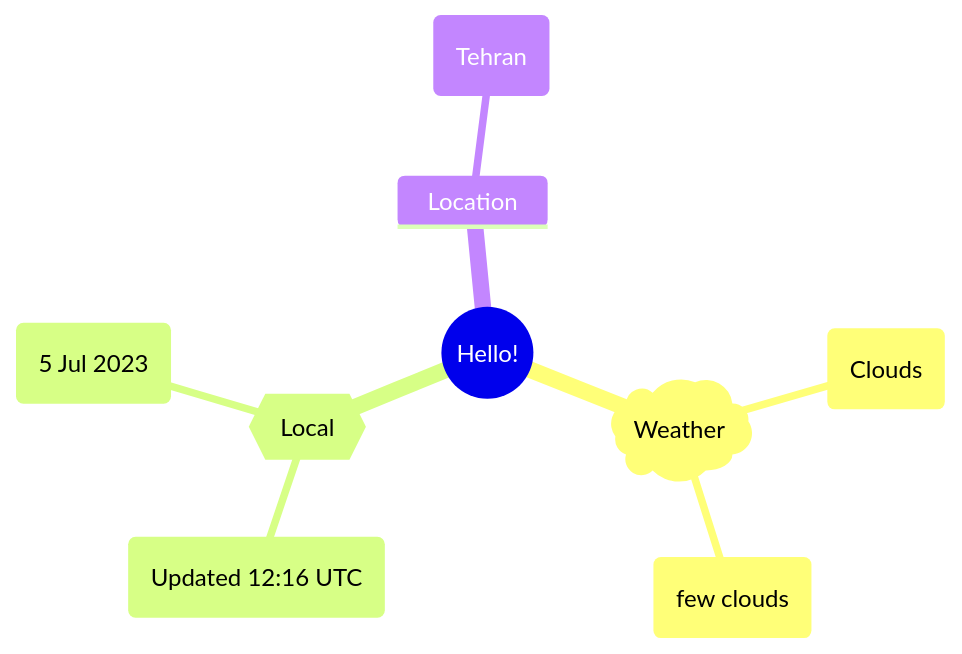
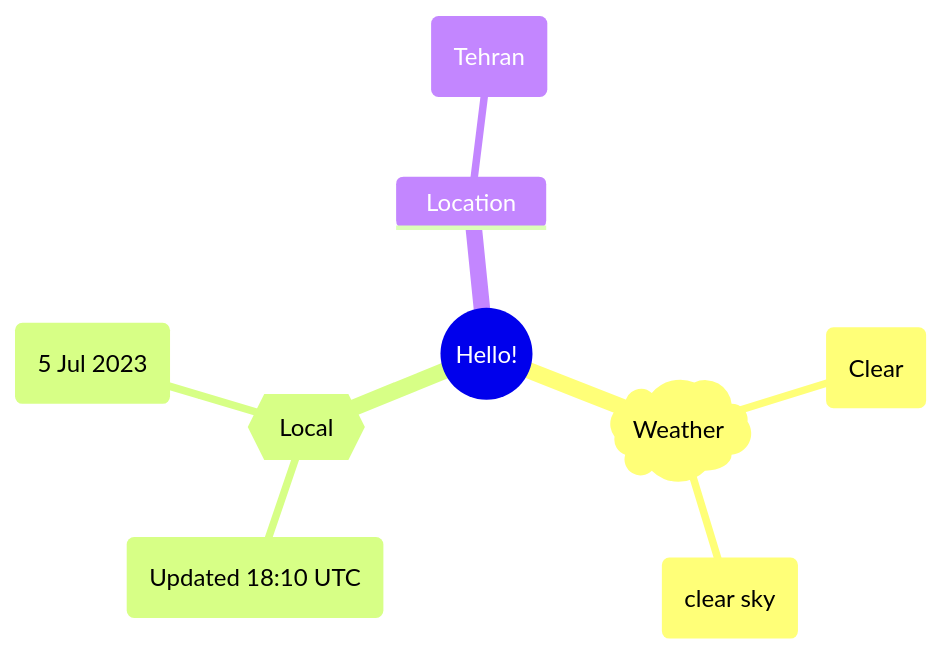
Before and after one commit to Xosrov/Xosrov: the first of 2 diagrams in README.md, drawn with Mermaid.

Commit message:
[bot] updated images

````diff
--- a/README.md
+++ b/README.md
@@ -3,12 +3,12 @@
 ```mermaid
 mindmap
   root((Hello!))
     )Weather(
-        (Clouds)
-        (few clouds)
+        (Clear)
+        (clear sky)
     {{Local}}
-        (Updated 12:16 UTC)
+        (Updated 18:10 UTC)
         (5 Jul 2023)
     Location
         (Tehran)
 ```
````
